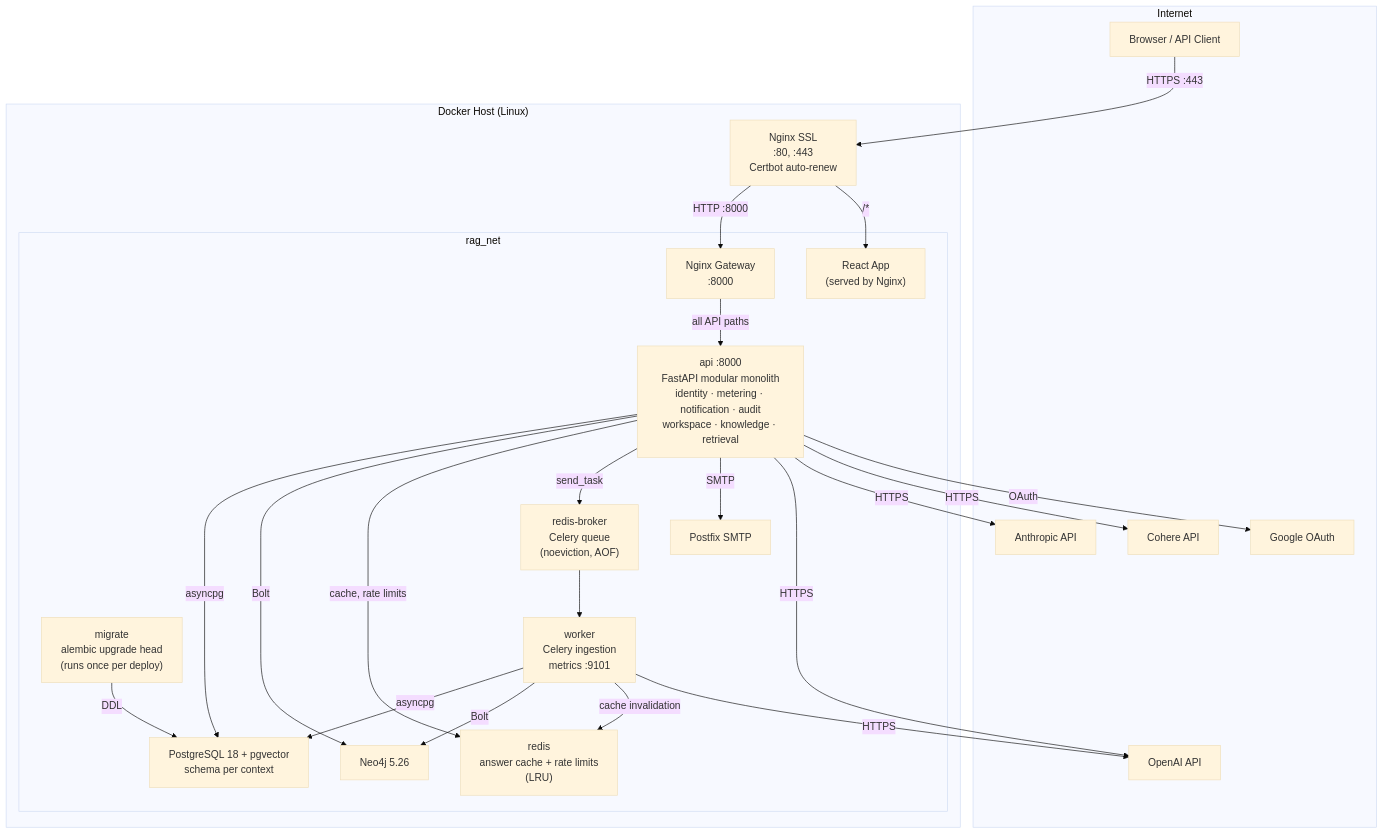
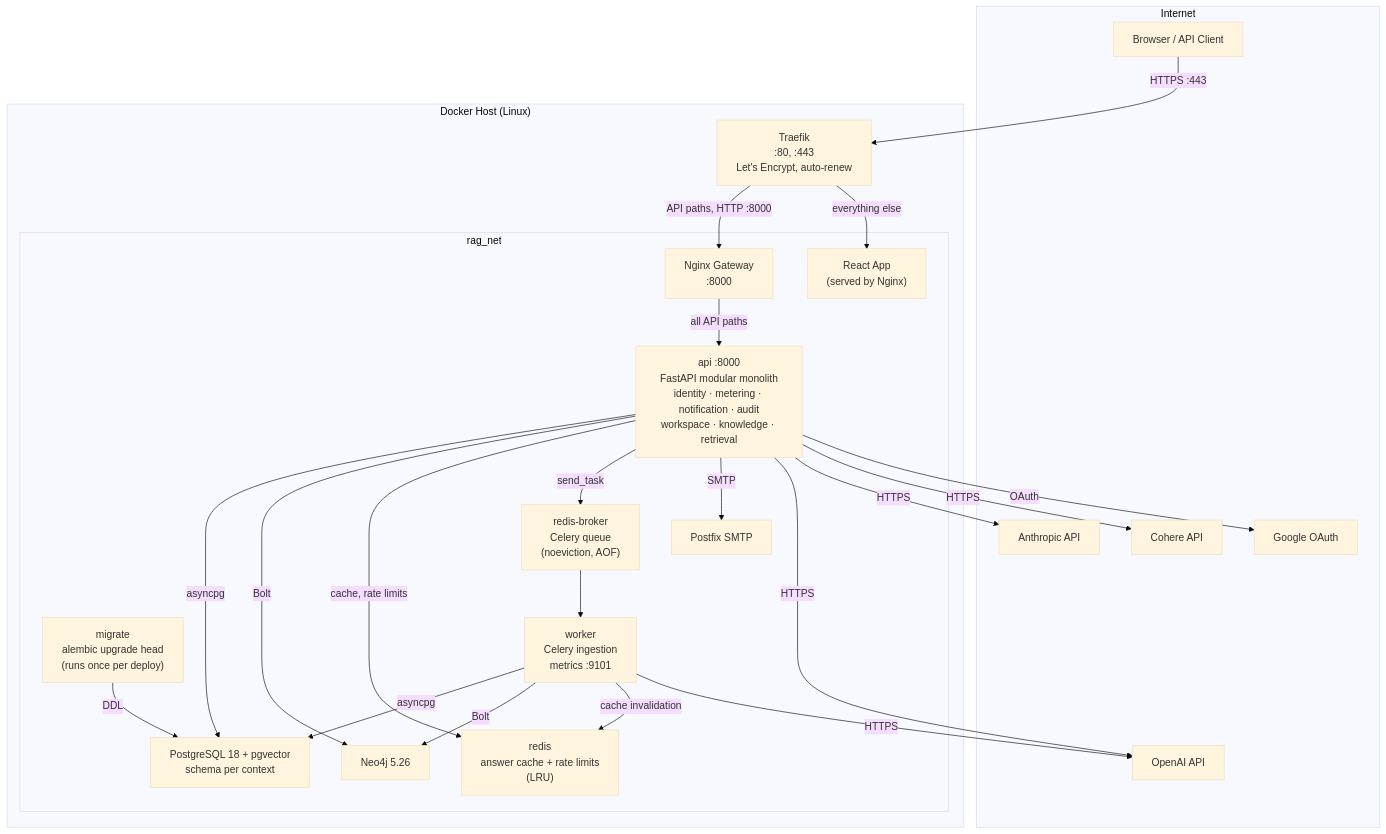
Before and after one commit to yavorm-tech/query-prism: the diagram in docs/diagrams/deployment-diagram.md, drawn with Mermaid (base theme). The commit also changed other lines of this file and 14 other files, not shown here.

First line of the commit message:
Switch TLS to Traefik with automatic Let's Encrypt renewal

````diff
--- a/docs/diagrams/deployment-diagram.md
+++ b/docs/diagrams/deployment-diagram.md
@@ -5,49 +5,49 @@
 ```mermaid
 graph TB
     subgraph Internet
         Browser["Browser / API Client"]
         Google["Google OAuth"]
         OpenAI_API["OpenAI API"]
         Anthropic_API["Anthropic API"]
         Cohere_API["Cohere API"]
     end
 
     subgraph Host["Docker Host (Linux)"]
-        NginxSSL["Nginx SSL\n:80, :443\nCertbot auto-renew"]
+        Traefik["Traefik\n:80, :443\nLet's Encrypt, auto-renew"]
 
         subgraph Net["rag_net"]
             Nginx["Nginx Gateway\n:8000"]
             ReactApp["React App\n(served by Nginx)"]
             Migrate["migrate\nalembic upgrade head\n(runs once per deploy)"]
             API["api :8000\nFastAPI modular monolith\nidentity · metering · notification · audit\nworkspace · knowledge · retrieval"]
             Worker["worker\nCelery ingestion\nmetrics :9101"]
             Postgres["PostgreSQL 18 + pgvector\nschema per context"]
             Neo4j["Neo4j 5.26"]
             Redis["redis\nanswer cache + rate limits\n(LRU)"]
             Broker["redis-broker\nCelery queue\n(noeviction, AOF)"]
             Postfix["Postfix SMTP"]
         end
     end
 
-    Browser -->|HTTPS :443| NginxSSL
-    NginxSSL -->|HTTP :8000| Nginx
-    NginxSSL -->|/*| ReactApp
+    Browser -->|HTTPS :443| Traefik
+    Traefik -->|API paths, HTTP :8000| Nginx
+    Traefik -->|everything else| ReactApp
     Nginx -->|all API paths| API
 
     Migrate -->|DDL| Postgres
     API -->|asyncpg| Postgres
     API -->|Bolt| Neo4j
     API -->|cache, rate limits| Redis
     API -->|send_task| Broker
     API -->|SMTP| Postfix
     API -->|HTTPS| OpenAI_API
     API -->|HTTPS| Anthropic_API
     API -->|HTTPS| Cohere_API
     API -->|OAuth| Google
 
     Broker --> Worker
     Worker -->|asyncpg| Postgres
     Worker -->|Bolt| Neo4j
     Worker -->|cache invalidation| Redis
     Worker -->|HTTPS| OpenAI_API
 ```
````
